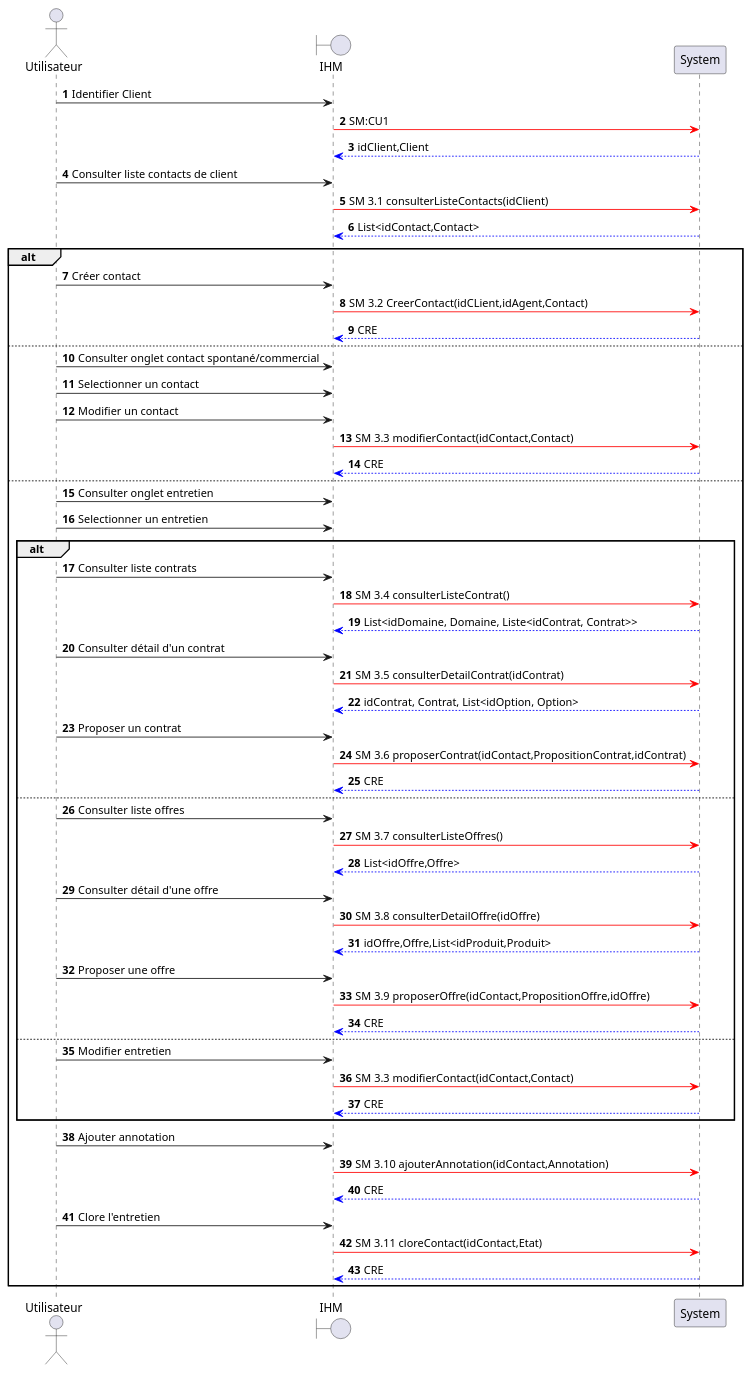
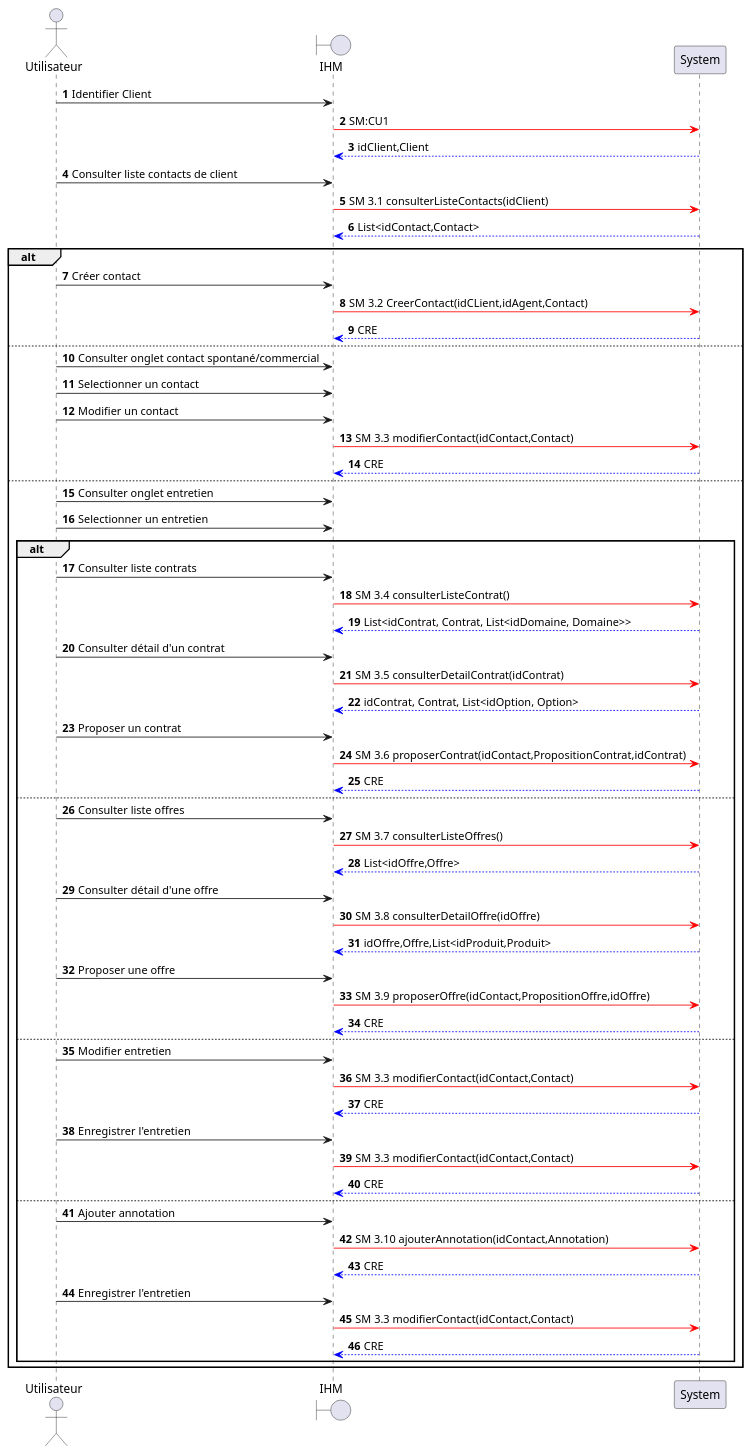
Before and after one commit to HZjiadong/PLD-MARS: the diagram in src/documentation/CU3-DSS.puml, drawn with PlantUML. The commit also changed 2 other files, not shown here.

```diff
--- a/src/documentation/CU3-DSS.puml
+++ b/src/documentation/CU3-DSS.puml
@@ -1,60 +1,68 @@
 @startuml
 actor Utilisateur as U
 boundary IHM as I
 participant System as S
 
 autonumber
 U->I: Identifier Client
 I-[#red]>S: SM:CU1
 S-[#0000FF]->I: idClient,Client
 
 U->I: Consulter liste contacts de client
 I-[#red]>S: SM 3.1 consulterListeContacts(idClient)
 S-[#0000FF]->I: List<idContact,Contact>
 
 alt
     U->I: Créer contact
     I-[#red]>S: SM 3.2 CreerContact(idCLient,idAgent,Contact)
     S-[#0000FF]->I: CRE
 else
     U->I: Consulter onglet contact spontané/commercial
     U->I: Selectionner un contact
     U->I: Modifier un contact
     I-[#red]>S: SM 3.3 modifierContact(idContact,Contact)
     S-[#0000FF]->I: CRE
 else
     U->I: Consulter onglet entretien
     U->I: Selectionner un entretien
     alt
         U->I: Consulter liste contrats
         I-[#red]>S: SM 3.4 consulterListeContrat()
-        S-[#0000FF]->I: List<idDomaine, Domaine, Liste<idContrat, Contrat>>
+        S-[#0000FF]->I: List<idContrat, Contrat, List<idDomaine, Domaine>>
         U->I: Consulter détail d'un contrat
         I-[#red]>S: SM 3.5 consulterDetailContrat(idContrat)
         S-[#0000FF]->I: idContrat, Contrat, List<idOption, Option>
         U->I: Proposer un contrat
         I-[#red]>S: SM 3.6 proposerContrat(idContact,PropositionContrat,idContrat)
         S-[#0000FF]->I: CRE
     else
         U->I: Consulter liste offres
         I-[#red]>S: SM 3.7 consulterListeOffres()
         S-[#0000FF]->I: List<idOffre,Offre>
         U->I: Consulter détail d'une offre
         I-[#red]>S: SM 3.8 consulterDetailOffre(idOffre)
         S-[#0000FF]->I: idOffre,Offre,List<idProduit,Produit>
         U->I: Proposer une offre
         I-[#red]>S: SM 3.9 proposerOffre(idContact,PropositionOffre,idOffre)
         S-[#0000FF]->I: CRE
     else
         U->I: Modifier entretien
         I-[#red]>S: SM 3.3 modifierContact(idContact,Contact)
         S-[#0000FF]->I: CRE
+
+        U->I: Enregistrer l'entretien
+        I-[#red]>S: SM 3.3 modifierContact(idContact,Contact)
+        S-[#0000FF]->I: CRE
+    else
+        U->I: Ajouter annotation
+        I-[#red]>S: SM 3.10 ajouterAnnotation(idContact,Annotation)
+        S-[#0000FF]->I: CRE
+
+        U->I: Enregistrer l'entretien
+        I-[#red]>S: SM 3.3 modifierContact(idContact,Contact)
+        S-[#0000FF]->I: CRE
     end
-    U->I: Ajouter annotation
-    I-[#red]>S: SM 3.10 ajouterAnnotation(idContact,Annotation)
-    S-[#0000FF]->I: CRE
-    U->I: Clore l'entretien
-    I-[#red]>S: SM 3.11 cloreContact(idContact,Etat)
-    S-[#0000FF]->I: CRE
+
+
 end
 @enduml
```
